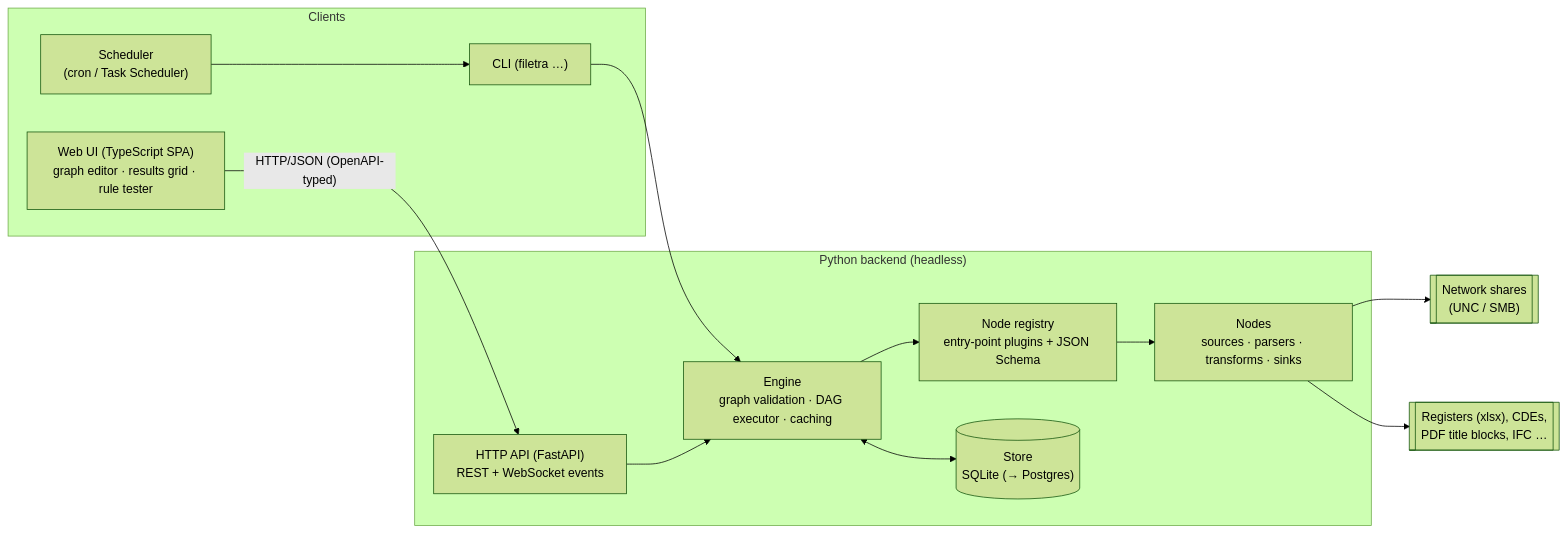
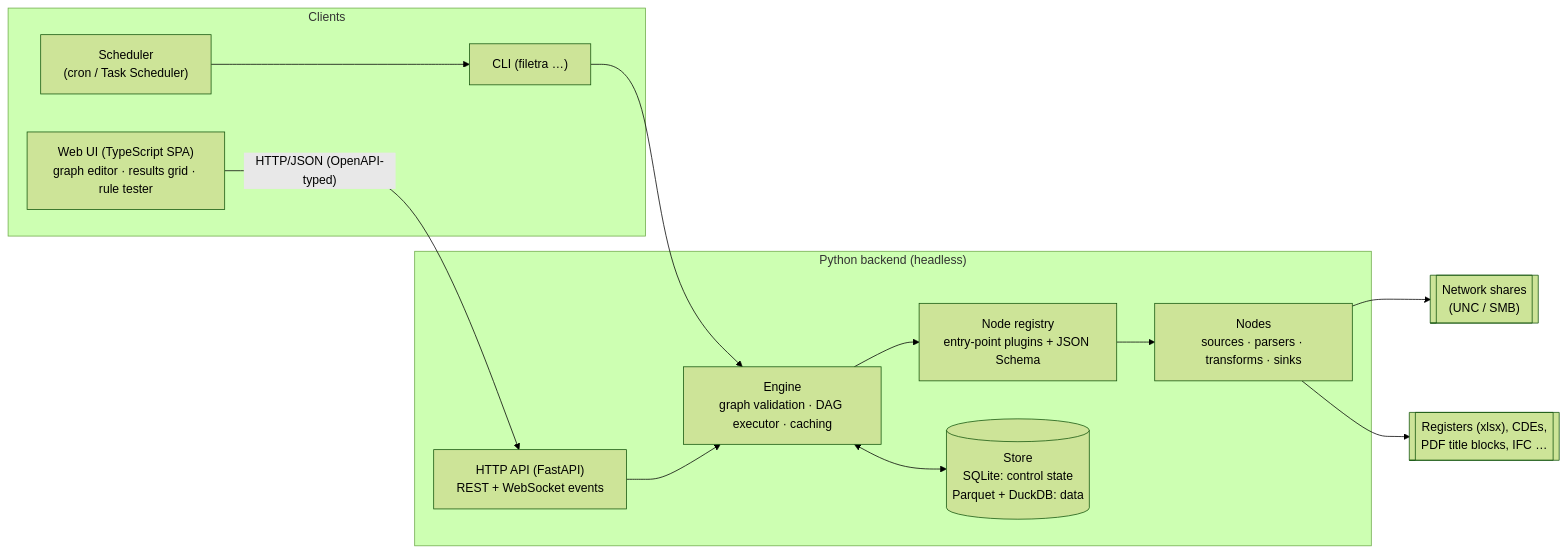
The diagram in docs/ARCHITECTURE.md (nameloCmaS/filetra), drawn with Mermaid (forest theme) before and after one commit. The commit also changed other lines of this file, not shown here.

First line of the commit message:
Revise architecture for review decisions: single user, scale, read-only, outputs

````diff
--- a/docs/ARCHITECTURE.md
+++ b/docs/ARCHITECTURE.md
@@ -31,28 +43,28 @@
 ```mermaid
 flowchart LR
   subgraph Clients
     WEB["Web UI (TypeScript SPA)<br/>graph editor · results grid · rule tester"]
     CLI["CLI (filetra …)"]
     SCHED["Scheduler<br/>(cron / Task Scheduler)"]
   end
 
   subgraph Backend["Python backend (headless)"]
     API["HTTP API (FastAPI)<br/>REST + WebSocket events"]
     ENGINE["Engine<br/>graph validation · DAG executor · caching"]
     REG["Node registry<br/>entry-point plugins + JSON Schema"]
     NODES["Nodes<br/>sources · parsers · transforms · sinks"]
-    STORE[("Store<br/>SQLite (→ Postgres)")]
+    STORE[("Store<br/>SQLite: control state<br/>Parquet + DuckDB: data")]
   end
 
   FS[["Network shares<br/>(UNC / SMB)"]]
   EXT[["Registers (xlsx), CDEs,<br/>PDF title blocks, IFC …"]]
 
   WEB -- "HTTP/JSON (OpenAPI-typed)" --> API
   CLI --> ENGINE
   SCHED --> CLI
   API --> ENGINE
   ENGINE --> REG --> NODES
   ENGINE <--> STORE
   NODES --> FS
   NODES --> EXT
 ```
````
